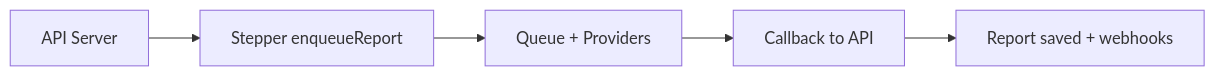
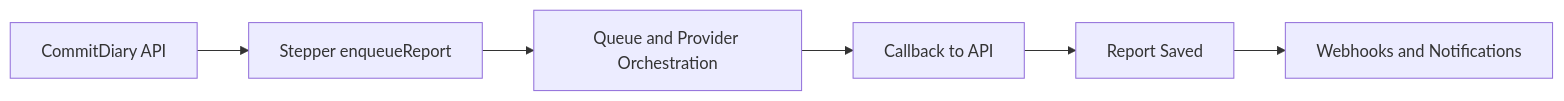
The second of 2 diagrams in README.md (samuel-adedigba/ai-inference-stepper), drawn with Mermaid before and after one commit. The commit also changed other lines of this file and 1 other file, not shown here.

````diff
--- a/README.md
+++ b/README.md
@@ -160,7 +222,8 @@
 ```mermaid
 flowchart LR
-  A[API Server] --> B[Stepper enqueueReport]
-  B --> C[Queue + Providers]
+  A[CommitDiary API] --> B[Stepper enqueueReport]
+  B --> C[Queue and Provider Orchestration]
   C --> D[Callback to API]
-  D --> E[Report saved + webhooks]
+  D --> E[Report Saved]
+  E --> F[Webhooks and Notifications]
 ```
````
